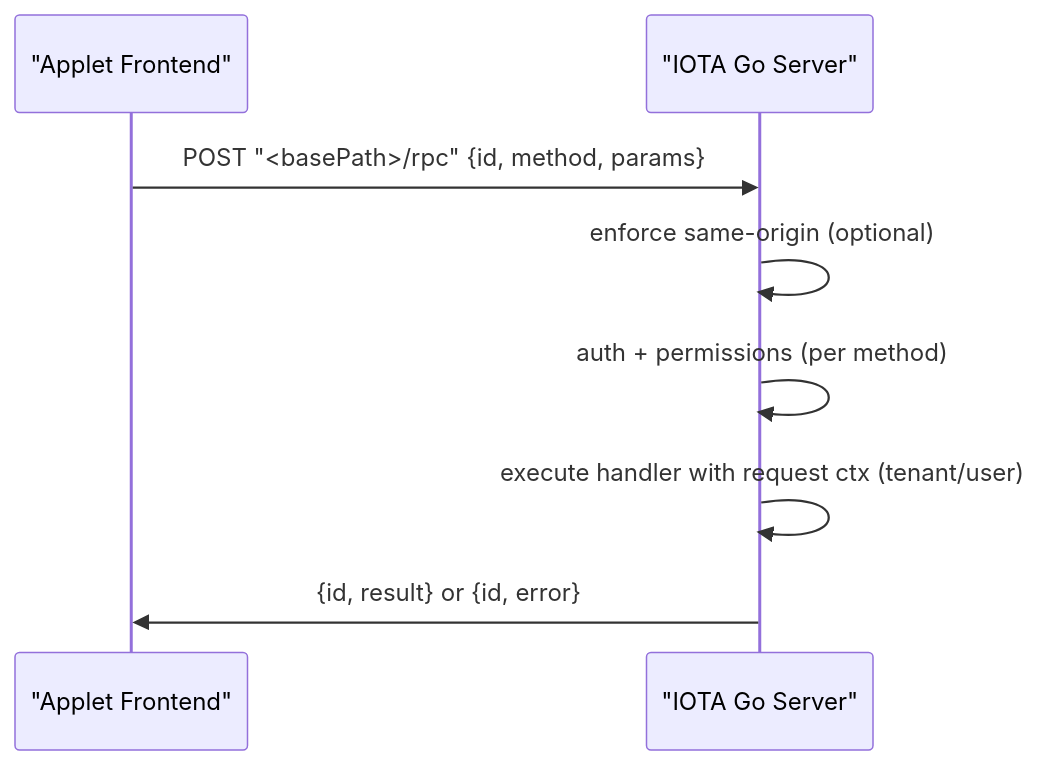
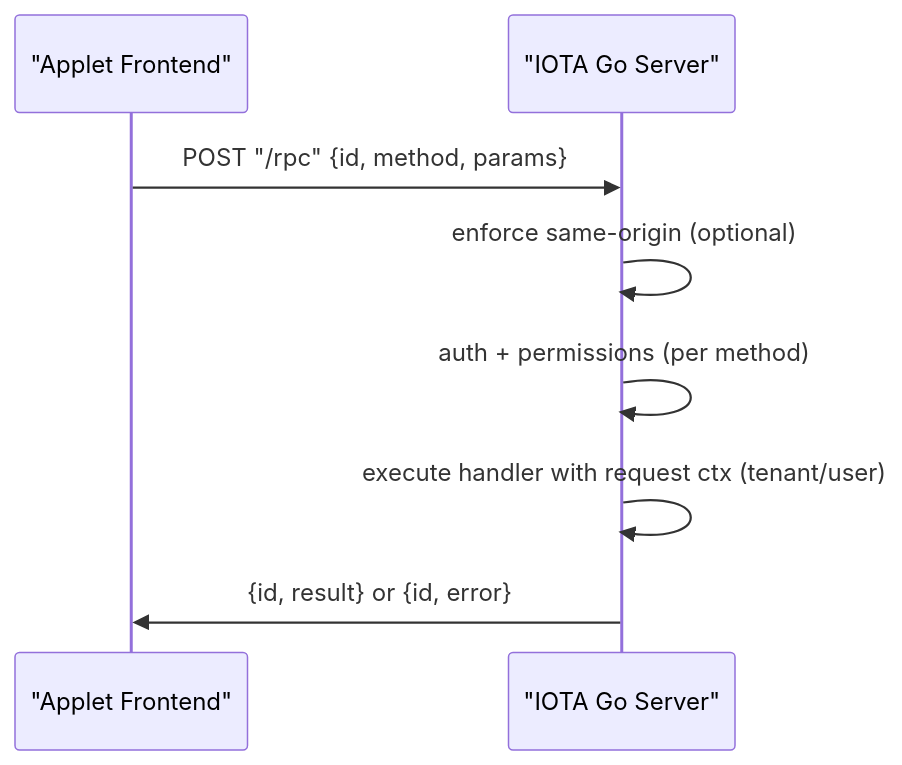
One commit to iota-uz/iota-sdk changed the third of 3 diagrams in docs/content/architecture/applets.mdx. Above: the diagram before and after it, drawn with Mermaid. The commit also changed other lines of this file and 22 other files, not shown here.

````diff
--- a/docs/content/architecture/applets.mdx
+++ b/docs/content/architecture/applets.mdx
@@ -70,11 +70,11 @@
 ```mermaid
 sequenceDiagram
   participant App as "Applet Frontend"
   participant IOTA as "IOTA Go Server"
 
-  App->>IOTA: POST "<basePath>/rpc" {id, method, params}
+  App->>IOTA: POST "/rpc" {id, method, params}
   IOTA->>IOTA: enforce same-origin (optional)
   IOTA->>IOTA: auth + permissions (per method)
   IOTA->>IOTA: execute handler with request ctx (tenant/user)
   IOTA->>App: {id, result} or {id, error}
 ```
````
